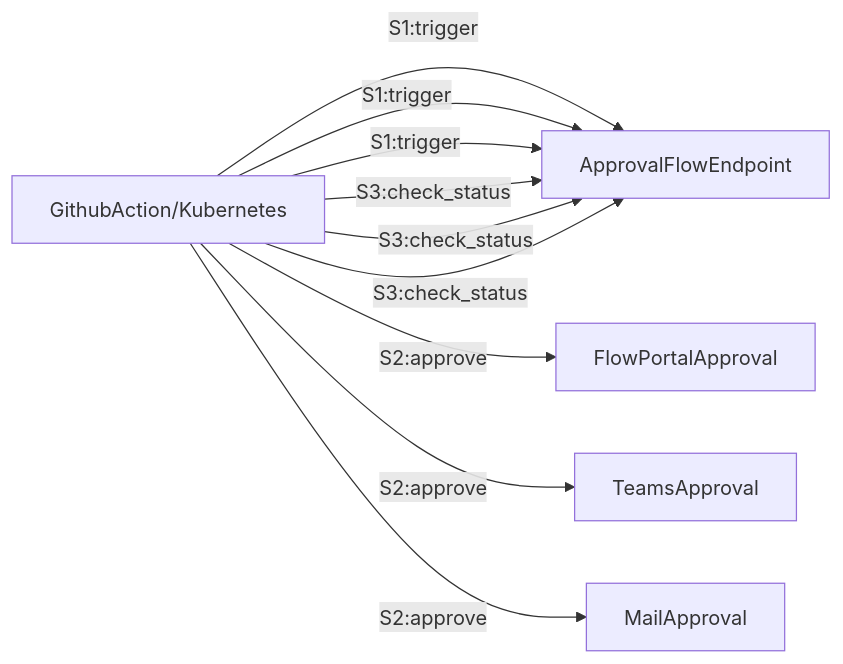
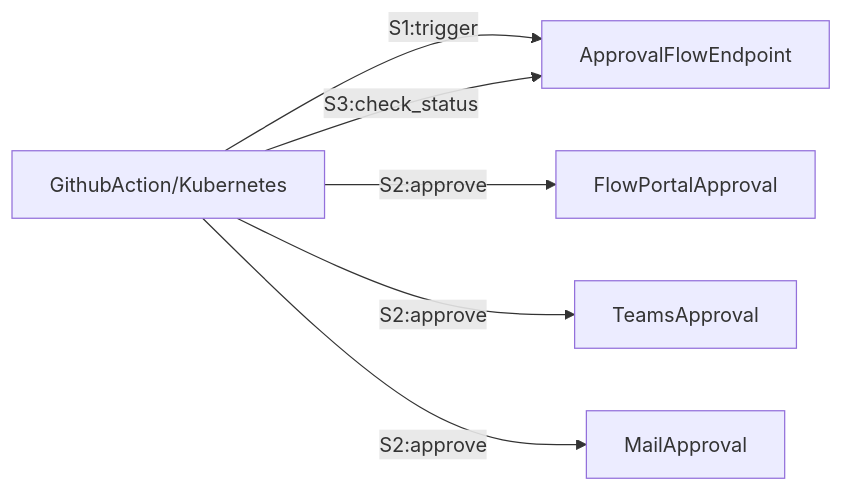
One commit to jianxu42/E2E-Approval-Flow changed the diagram in README.md. Above: the diagram before and after it, drawn with Mermaid.

````diff
--- a/README.md
+++ b/README.md
@@ -6,12 +6,8 @@
 ```mermaid
 graph LR
-    Playwright[GithubAction/Kubernetes]--S1:trigger-->ApprovalFlowEndpoint;
-    Playwright[GithubAction/Kubernetes]--S1:trigger-->ApprovalFlowEndpoint;
     Playwright[GithubAction/Kubernetes]--S1:trigger-->ApprovalFlowEndpoint;
     Playwright[GithubAction/Kubernetes]--S2:approve-->FlowPortalApproval;
     Playwright[GithubAction/Kubernetes]--S2:approve-->TeamsApproval;
     Playwright[GithubAction/Kubernetes]--S2:approve-->MailApproval;
     Playwright[GithubAction/Kubernetes]--S3:check_status-->ApprovalFlowEndpoint;
-    Playwright[GithubAction/Kubernetes]--S3:check_status-->ApprovalFlowEndpoint;
-    Playwright[GithubAction/Kubernetes]--S3:check_status-->ApprovalFlowEndpoint;
 ```
````
